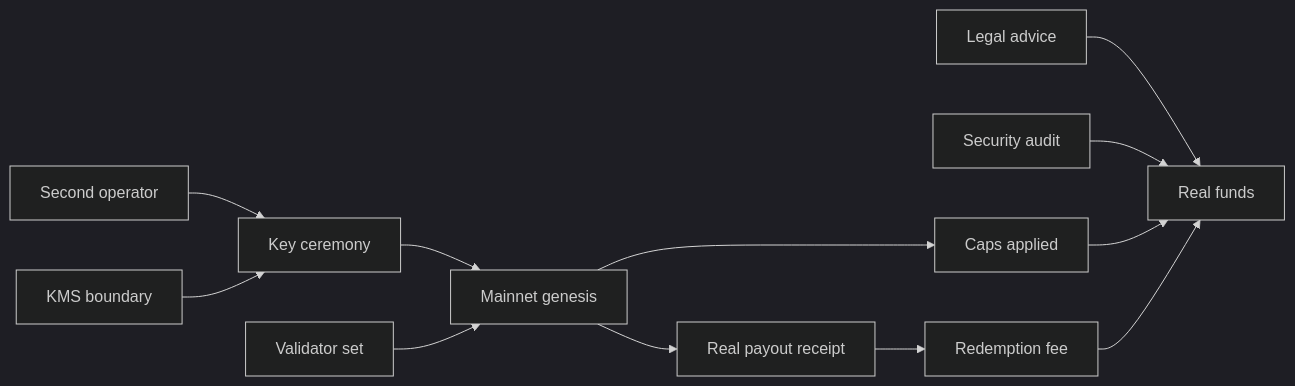
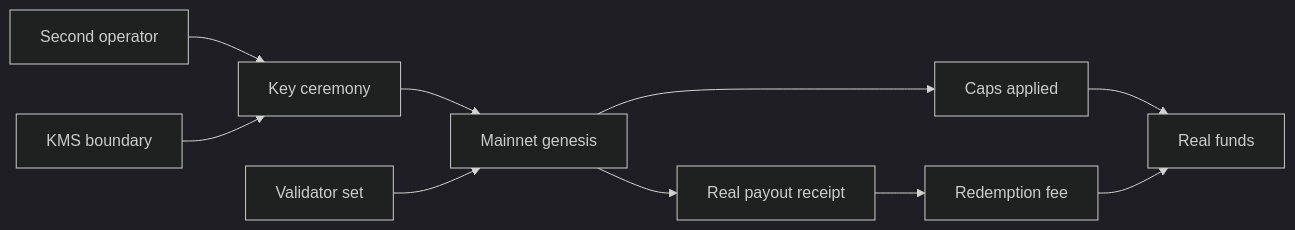
The diagram in docs/reference/mainnet-readiness.md (clutchprotocol/clutch-docs), drawn with Mermaid (dark theme) before and after one commit. The commit also changed other lines of this file, not shown here.

````diff
--- a/docs/reference/mainnet-readiness.md
+++ b/docs/reference/mainnet-readiness.md
@@ -39,14 +39,12 @@
 ```mermaid
 flowchart LR
-  L["Legal advice"] --> GO["Real funds"]
-  A["Security audit"] --> GO
   P["Second operator"] --> K["Key ceremony"]
   H["KMS boundary"] --> K
   K --> G["Mainnet genesis"]
   V["Validator set"] --> G
   G --> C["Caps applied"]
   G --> R["Real payout receipt"]
   R --> F["Redemption fee"]
-  C --> GO
+  C --> GO["Real funds"]
   F --> GO
 ```
````
